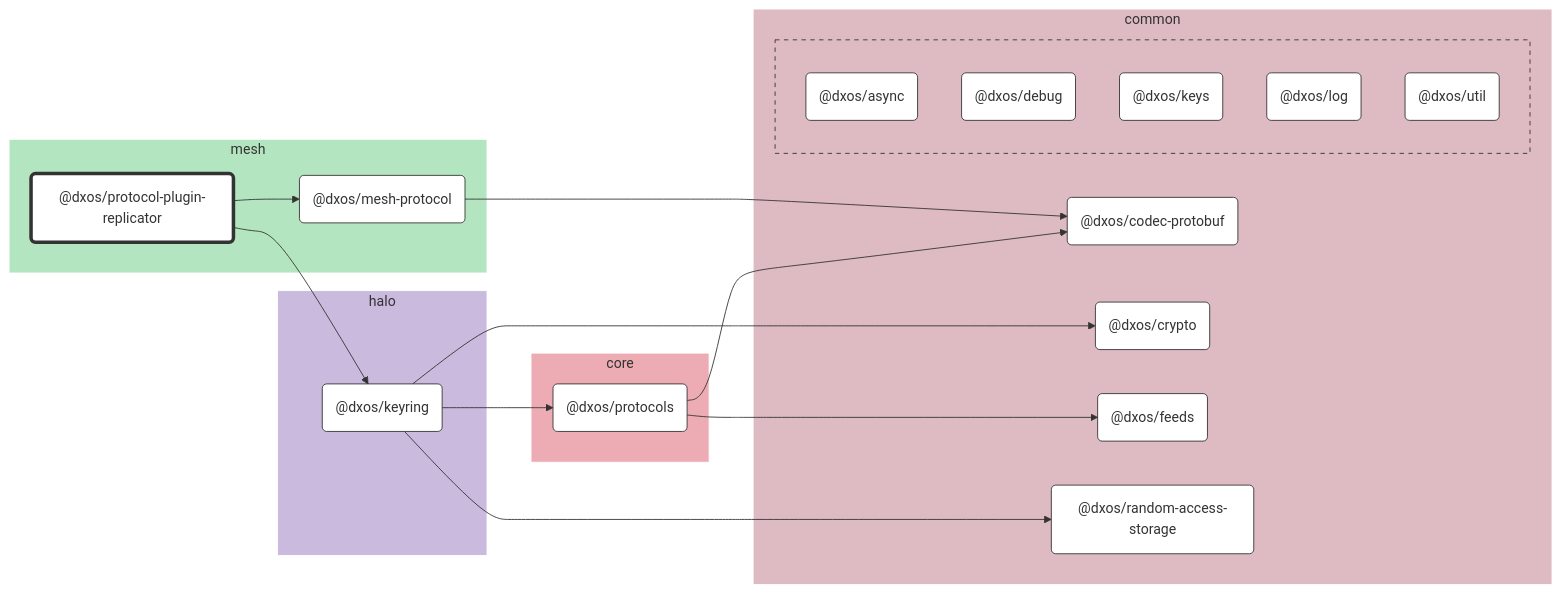
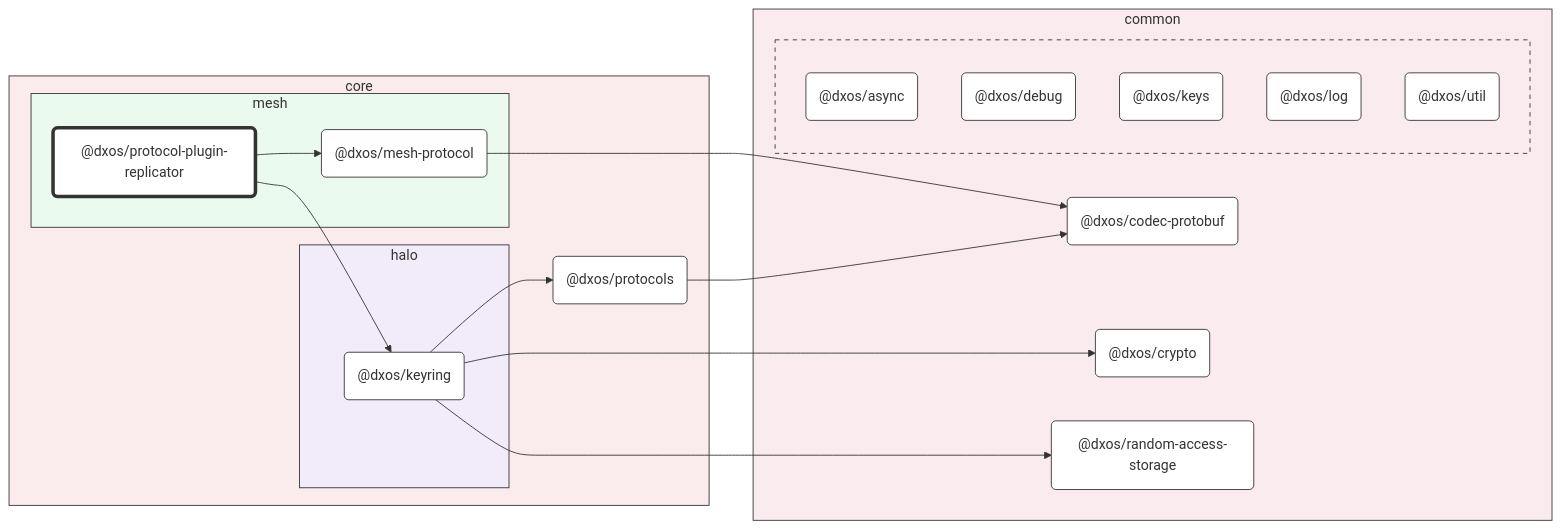
The diagram in packages/core/mesh/protocol-plugin-replicator/docs/README.md (dxos/dxos), drawn with Mermaid before and after one commit. The commit also changed other lines of this file and 93 other files, not shown here.

First line of the commit message:
chore: hierarchical graphs. (#1583)

````diff
--- a/packages/core/mesh/protocol-plugin-replicator/docs/README.md
+++ b/packages/core/mesh/protocol-plugin-replicator/docs/README.md
@@ -7,68 +7,65 @@
 ```mermaid
 %%{ init: {'flowchart':{'curve':'basis'}} }%%
 
 flowchart LR
 
 %% Classes
 classDef def fill:#fff,stroke:#333,stroke-width:1px
 classDef root fill:#fff,stroke:#333,stroke-width:4px
 
 %% Nodes
 
-subgraph mesh [mesh]
-  style mesh fill:#b3e6c0,stroke:#fff
-  dxos/protocol-plugin-replicator("@dxos/protocol-plugin-replicator"):::root
-  click dxos/protocol-plugin-replicator "dxos/dxos/tree/main/packages/core/mesh/protocol-plugin-replicator/docs"
-  dxos/mesh-protocol("@dxos/mesh-protocol"):::def
-  click dxos/mesh-protocol "dxos/dxos/tree/main/packages/core/mesh/mesh-protocol/docs"
+subgraph core [core]
+  style core fill:#faebec,stroke:#333
+  dxos/protocols("@dxos/protocols"):::def
+  click dxos/protocols "dxos/dxos/tree/main/packages/core/protocols/docs"
+
+  subgraph mesh [mesh]
+    style mesh fill:#ebfaef,stroke:#333
+    dxos/protocol-plugin-replicator("@dxos/protocol-plugin-replicator"):::root
+    click dxos/protocol-plugin-replicator "dxos/dxos/tree/main/packages/core/mesh/protocol-plugin-replicator/docs"
+    dxos/mesh-protocol("@dxos/mesh-protocol"):::def
+    click dxos/mesh-protocol "dxos/dxos/tree/main/packages/core/mesh/mesh-protocol/docs"
+  end
+
+  subgraph halo [halo]
+    style halo fill:#f1ebfa,stroke:#333
+    dxos/keyring("@dxos/keyring"):::def
+    click dxos/keyring "dxos/dxos/tree/main/packages/core/halo/keyring/docs"
+  end
 end
 
 subgraph common [common]
-  style common fill:#debac2,stroke:#fff
+  style common fill:#faebee,stroke:#333
   dxos/codec-protobuf("@dxos/codec-protobuf"):::def
   click dxos/codec-protobuf "dxos/dxos/tree/main/packages/common/codec-protobuf/docs"
   dxos/crypto("@dxos/crypto"):::def
   click dxos/crypto "dxos/dxos/tree/main/packages/common/crypto/docs"
-  dxos/feeds("@dxos/feeds"):::def
-  click dxos/feeds "dxos/dxos/tree/main/packages/common/feeds/docs"
   dxos/random-access-storage("@dxos/random-access-storage"):::def
   click dxos/random-access-storage "dxos/dxos/tree/main/packages/common/random-access-storage/docs"
 
-  subgraph common-excluded [ ]
-    style common-excluded fill:#debac2,stroke:#333,stroke-dasharray:5 5
+  subgraph _ [ ]
+    style _ fill:#faebee,stroke:#333,stroke-dasharray:5 5
     dxos/async("@dxos/async"):::def
     click dxos/async "dxos/dxos/tree/main/packages/common/async/docs"
     dxos/debug("@dxos/debug"):::def
     click dxos/debug "dxos/dxos/tree/main/packages/common/debug/docs"
     dxos/keys("@dxos/keys"):::def
     click dxos/keys "dxos/dxos/tree/main/packages/common/keys/docs"
     dxos/log("@dxos/log"):::def
     click dxos/log "dxos/dxos/tree/main/packages/common/log/docs"
     dxos/util("@dxos/util"):::def
     click dxos/util "dxos/dxos/tree/main/packages/common/util/docs"
   end
 end
 
-subgraph halo [halo]
-  style halo fill:#cabade,stroke:#fff
-  dxos/keyring("@dxos/keyring"):::def
-  click dxos/keyring "dxos/dxos/tree/main/packages/core/halo/keyring/docs"
-end
-
-subgraph core [core]
-  style core fill:#edabb3,stroke:#fff
-  dxos/protocols("@dxos/protocols"):::def
-  click dxos/protocols "dxos/dxos/tree/main/packages/core/protocols/docs"
-end
-
 %% Links
 linkStyle default stroke:#333,stroke-width:1px
 dxos/protocol-plugin-replicator --> dxos/keyring
 dxos/keyring --> dxos/crypto
 dxos/keyring --> dxos/protocols
 dxos/protocols --> dxos/codec-protobuf
-dxos/protocols --> dxos/feeds
 dxos/keyring --> dxos/random-access-storage
 dxos/protocol-plugin-replicator --> dxos/mesh-protocol
 dxos/mesh-protocol --> dxos/codec-protobuf
 ```
````
